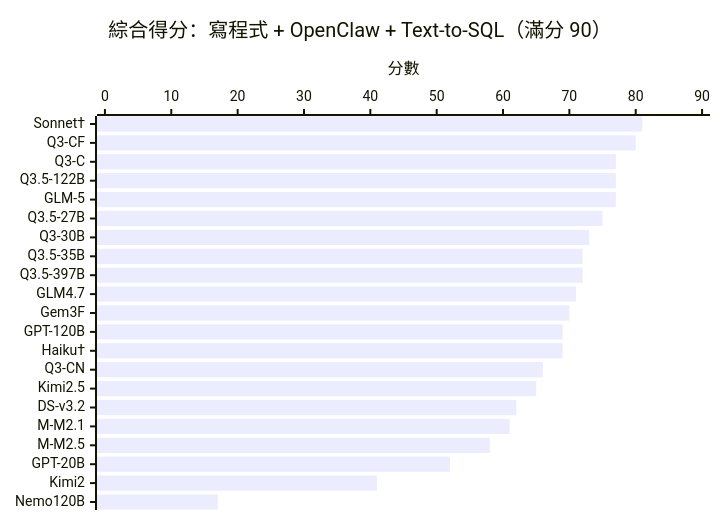
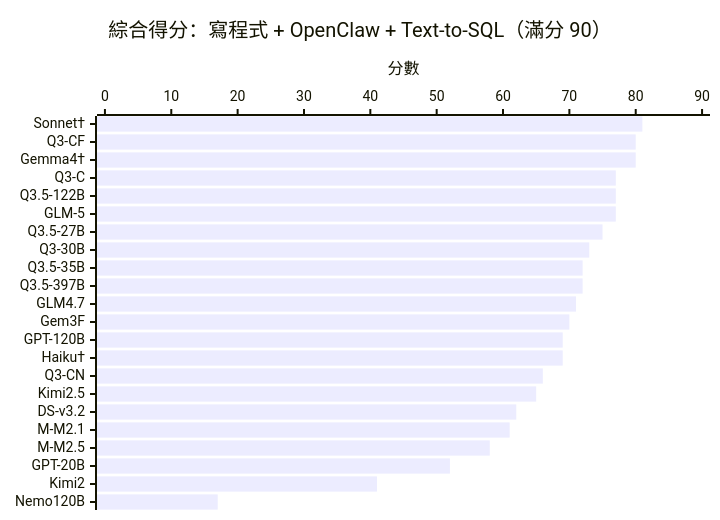
Before and after one commit to ywchiu/local_agentic_llm: the first of 2 diagrams in README_zh.md, drawn with Mermaid. The commit also changed other lines of this file and 12 other files, not shown here.

````diff
--- a/README_zh.md
+++ b/README_zh.md
@@ -18,7 +18,7 @@
 ```mermaid
 xychart-beta horizontal
     title "綜合得分：寫程式 + OpenClaw + Text-to-SQL（滿分 90）"
-    x-axis ["Sonnet†", "Q3-CF", "Q3-C", "Q3.5-122B", "GLM-5", "Q3.5-27B", "Q3-30B", "Q3.5-35B", "Q3.5-397B", "GLM4.7", "Gem3F", "GPT-120B", "Haiku†", "Q3-CN", "Kimi2.5", "DS-v3.2", "M-M2.1", "M-M2.5", "GPT-20B", "Kimi2", "Nemo120B"]
+    x-axis ["Sonnet†", "Q3-CF", "Gemma4†", "Q3-C", "Q3.5-122B", "GLM-5", "Q3.5-27B", "Q3-30B", "Q3.5-35B", "Q3.5-397B", "GLM4.7", "Gem3F", "GPT-120B", "Haiku†", "Q3-CN", "Kimi2.5", "DS-v3.2", "M-M2.1", "M-M2.5", "GPT-20B", "Kimi2", "Nemo120B"]
     y-axis "分數" 0 --> 90
-    bar [81, 80, 77, 77, 77, 75, 73, 72, 72, 71, 70, 69, 69, 66, 65, 62, 61, 58, 52, 41, 17]
+    bar [81, 80, 80, 77, 77, 77, 75, 73, 72, 72, 71, 70, 69, 69, 66, 65, 62, 61, 58, 52, 41, 17]
 ```
````
